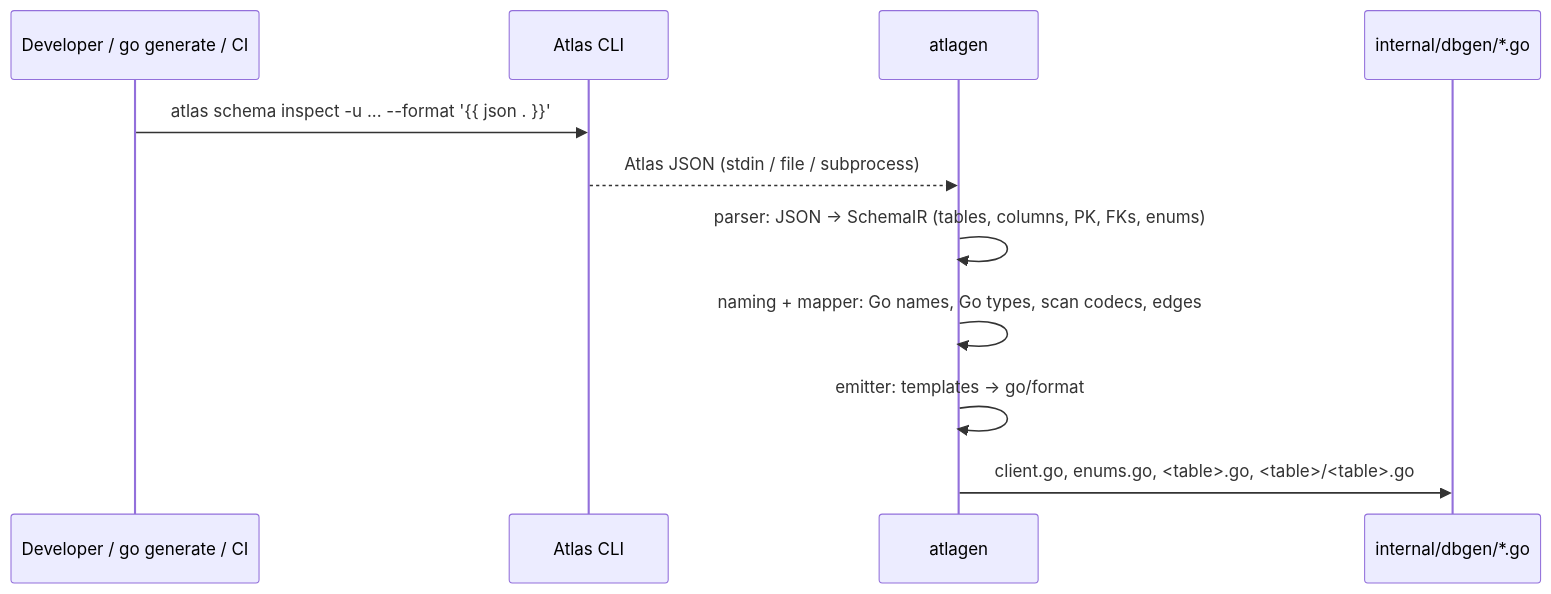
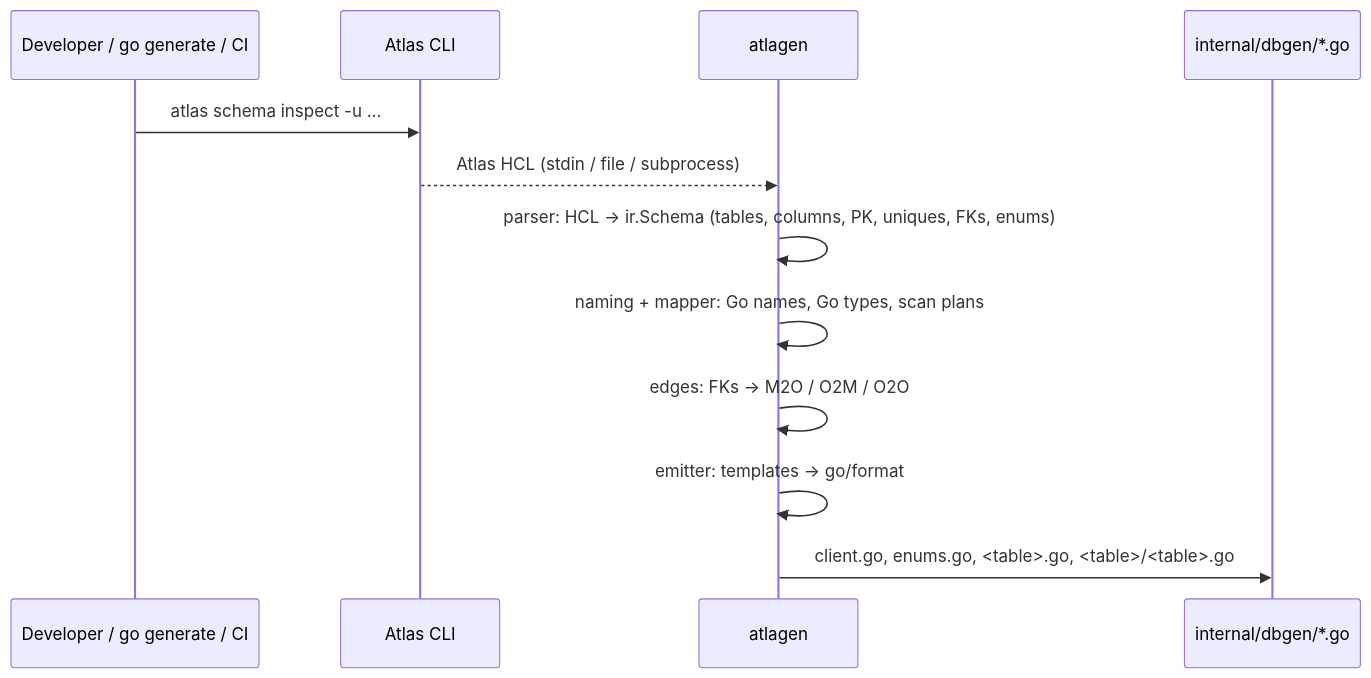
One commit to hirokazumiyaji/atla-go changed the first of 2 diagrams in docs/architecture.md. Above: the diagram before and after it, drawn with Mermaid. The commit also changed other lines of this file and 2 other files, not shown here.

First line of the commit message:
docs: sync generator spec and roadmap with P2 implementation

````diff
--- a/docs/architecture.md
+++ b/docs/architecture.md
@@ -186,14 +196,15 @@
 ```mermaid
 sequenceDiagram
     participant Dev as Developer / go generate / CI
     participant Atlas as Atlas CLI
     participant Gen as atlagen
     participant FS as internal/dbgen/*.go
 
-    Dev->>Atlas: atlas schema inspect -u ... --format '{{ json . }}'
-    Atlas-->>Gen: Atlas JSON (stdin / file / subprocess)
-    Gen->>Gen: parser: JSON -> SchemaIR (tables, columns, PK, FKs, enums)
-    Gen->>Gen: naming + mapper: Go names, Go types, scan codecs, edges
+    Dev->>Atlas: atlas schema inspect -u ...
+    Atlas-->>Gen: Atlas HCL (stdin / file / subprocess)
+    Gen->>Gen: parser: HCL -> ir.Schema (tables, columns, PK, uniques, FKs, enums)
+    Gen->>Gen: naming + mapper: Go names, Go types, scan plans
+    Gen->>Gen: edges: FKs -> M2O / O2M / O2O
     Gen->>Gen: emitter: templates -> go/format
     Gen->>FS: client.go, enums.go, <table>.go, <table>/<table>.go
 ```
````
